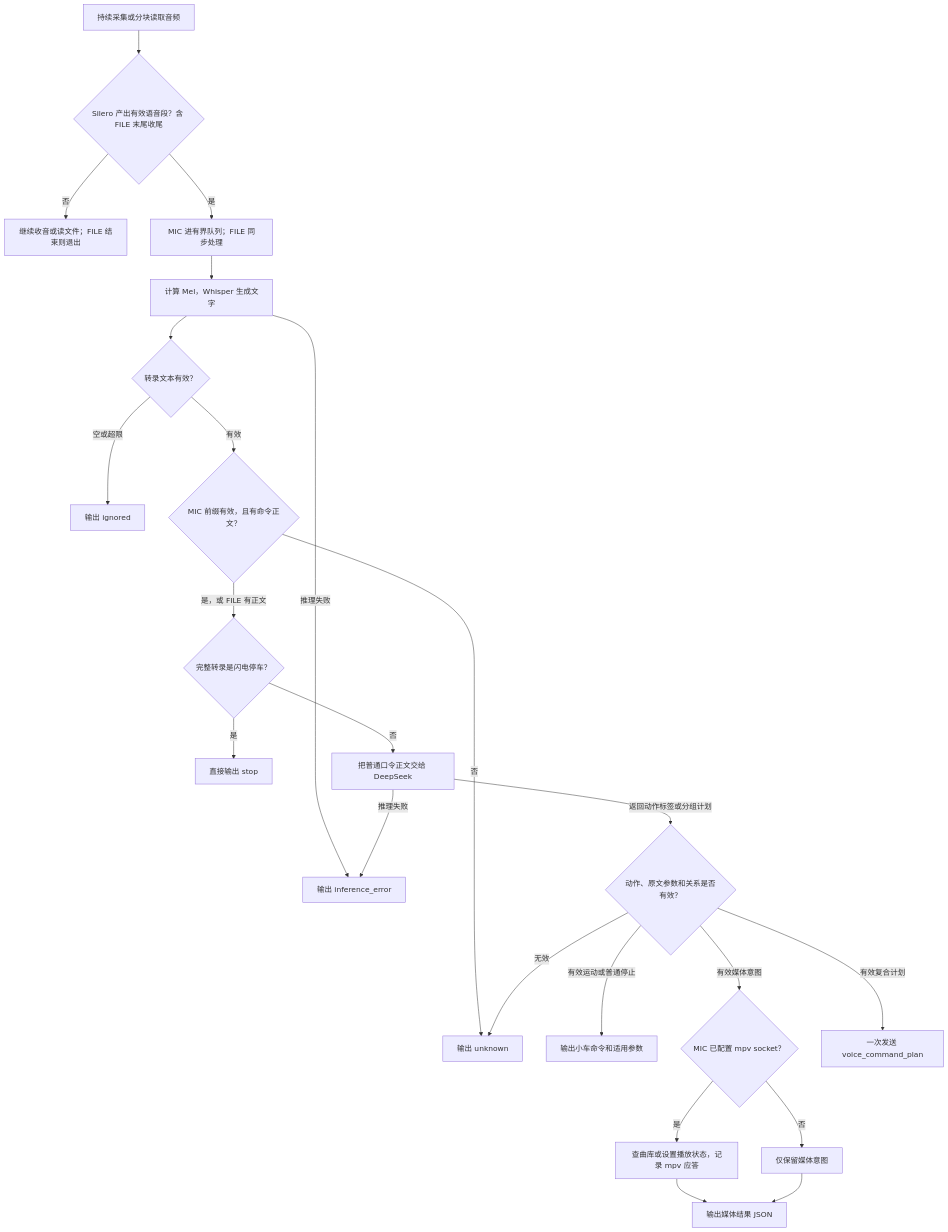
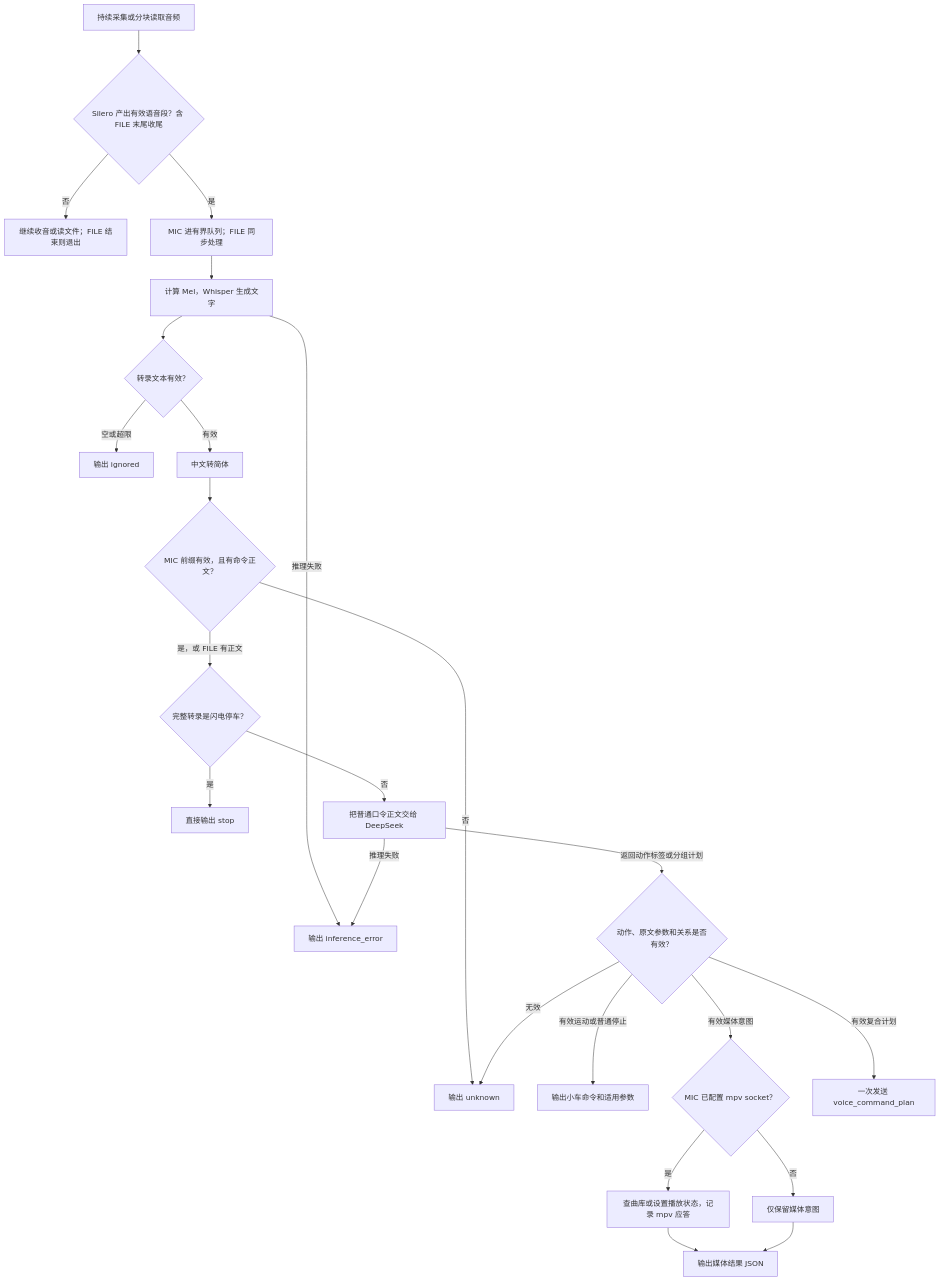
Before and after one commit to hhlqwq/models_deploy: the second of 3 diagrams in demo/smart_car/voice_control/docs/flow.md, drawn with Mermaid. The commit also changed other lines of this file and 3 other files, not shown here.

````diff
--- a/demo/smart_car/voice_control/docs/flow.md
+++ b/demo/smart_car/voice_control/docs/flow.md
@@ -54,25 +55,26 @@
 ```mermaid
 flowchart TD
     Audio["持续采集或分块读取音频"] --> Segment{"Silero 产出有效语音段？含 FILE 末尾收尾"}
     Segment -->|"否"| More["继续收音或读文件；FILE 结束则退出"]
     Segment -->|"是"| Queue["MIC 进有界队列；FILE 同步处理"]
     Queue --> Whisper["计算 Mel，Whisper 生成文字"]
     Whisper --> Valid{"转录文本有效？"}
     Whisper -->|"推理失败"| Error["输出 inference_error"]
     Valid -->|"空或超限"| Ignored["输出 ignored"]
-    Valid -->|"有效"| Wake{"MIC 前缀有效，且有命令正文？"}
+    Valid -->|"有效"| Simplify["中文转简体"]
+    Simplify --> Wake{"MIC 前缀有效，且有命令正文？"}
     Wake -->|"否"| Unknown["输出 unknown"]
     Wake -->|"是，或 FILE 有正文"| Emergency{"完整转录是闪电停车？"}
     Emergency -->|"是"| Stop["直接输出 stop"]
     Emergency -->|"否"| DeepSeek["把普通口令正文交给 DeepSeek"]
     DeepSeek -->|"返回动作标签或分组计划"| Verify{"动作、原文参数和关系是否有效？"}
     Verify -->|"有效运动或普通停止"| Motion["输出小车命令和适用参数"]
     Verify -->|"有效媒体意图"| Playback{"MIC 已配置 mpv socket？"}
     Verify -->|"有效复合计划"| Plan["一次发送 voice_command_plan"]
     Verify -->|"无效"| Unknown
     Playback -->|"是"| IPC["查曲库或设置播放状态，记录 mpv 应答"]
     Playback -->|"否"| Intent["仅保留媒体意图"]
     IPC --> Media["输出媒体结果 JSON"]
     Intent --> Media
     DeepSeek -->|"推理失败"| Error
 ```
````
